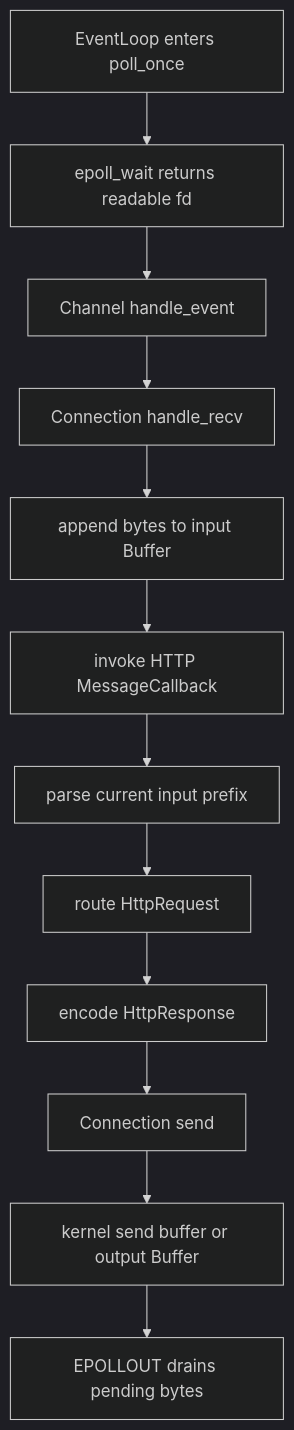
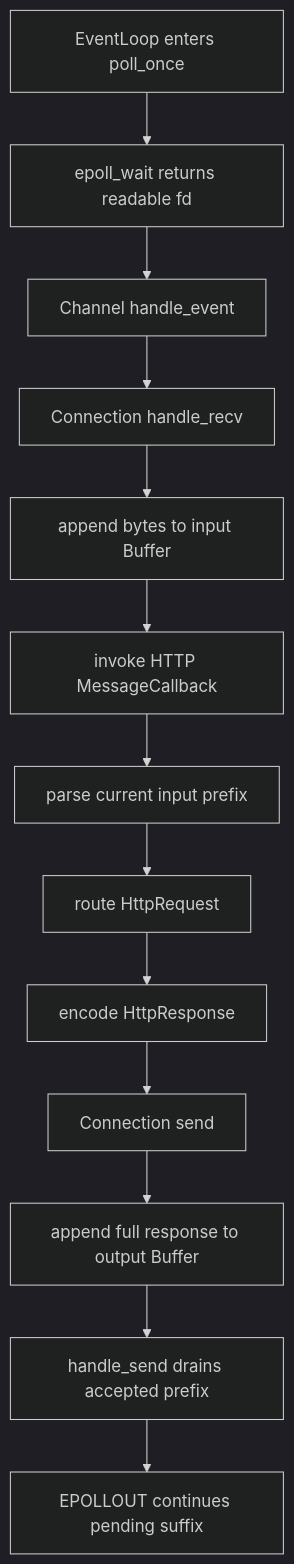
The first of 2 diagrams in week11/day7/day7.md (FxorG00/system-learning-notes), drawn with Mermaid (dark theme) before and after one commit. The commit also changed other lines of this file and 6 other files, not shown here.

````diff
--- a/week11/day7/day7.md
+++ b/week11/day7/day7.md
@@ -279,14 +289,15 @@
 ```mermaid
 flowchart TD
     A["EventLoop enters poll_once"] --> B["epoll_wait returns readable fd"]
     B --> C["Channel handle_event"]
     C --> D["Connection handle_recv"]
     D --> E["append bytes to input Buffer"]
     E --> F["invoke HTTP MessageCallback"]
     F --> G["parse current input prefix"]
     G --> H["route HttpRequest"]
     H --> I["encode HttpResponse"]
     I --> J["Connection send"]
-    J --> K["kernel send buffer or output Buffer"]
-    K --> L["EPOLLOUT drains pending bytes"]
+    J --> K["append full response to output Buffer"]
+    K --> L["handle_send drains accepted prefix"]
+    L --> M["EPOLLOUT continues pending suffix"]
 ```
````
